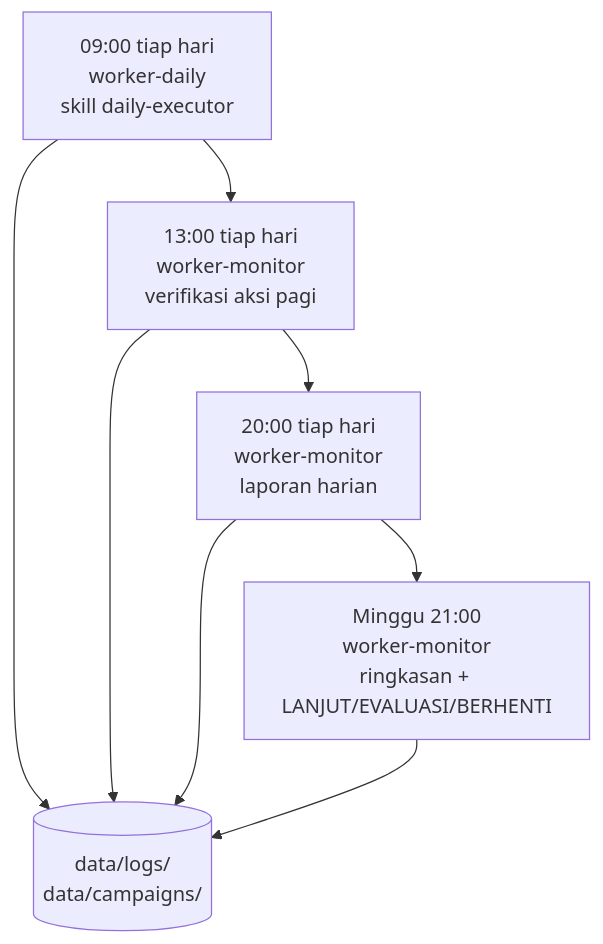
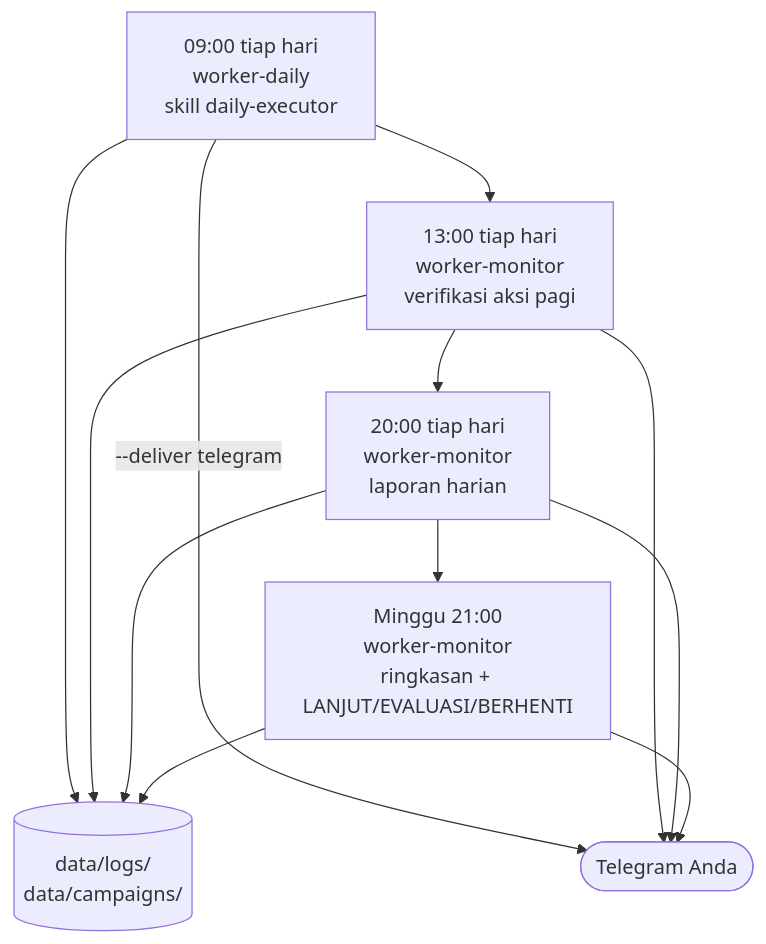
Before and after one commit to Scryptexai/AgentDrop: the fifth of 6 diagrams in docs/arsitektur-alur.md, drawn with Mermaid. The commit also changed other lines of this file and 8 other files, not shown here.

````diff
--- a/docs/arsitektur-alur.md
+++ b/docs/arsitektur-alur.md
@@ -178,11 +187,15 @@
 ```mermaid
 flowchart TD
     C09["09:00 tiap hari<br/>worker-daily<br/>skill daily-executor"] --> V13
     V13["13:00 tiap hari<br/>worker-monitor<br/>verifikasi aksi pagi"] --> R20
     R20["20:00 tiap hari<br/>worker-monitor<br/>laporan harian"] --> W21
     W21["Minggu 21:00<br/>worker-monitor<br/>ringkasan + LANJUT/EVALUASI/BERHENTI"]
     C09 --> L[("data/logs/<br/>data/campaigns/")]
     V13 --> L
     R20 --> L
     W21 --> L
+    C09 -->|"--deliver telegram"| TG(["Telegram Anda"])
+    V13 --> TG
+    R20 --> TG
+    W21 --> TG
 ```
````
